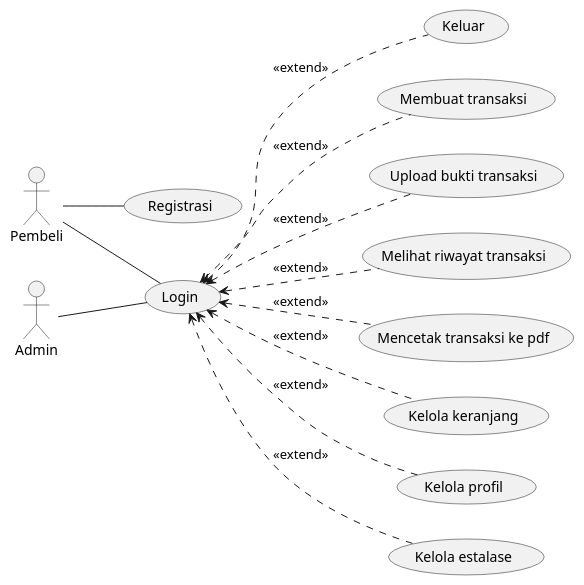
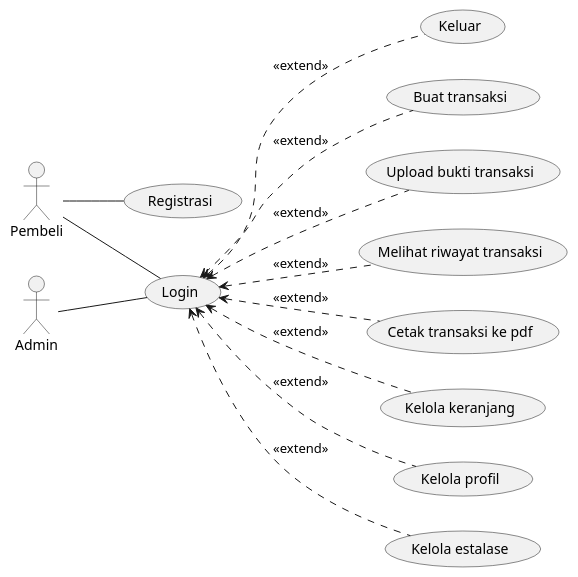
One commit to stnDinus/skpl_apbo_diagrams changed the diagram in use_case.puml. Above: the diagram before and after it, drawn with PlantUML.

Commit message:
fix: verb cases

```diff
--- a/use_case.puml
+++ b/use_case.puml
@@ -1,33 +1,33 @@
 @startuml
 left to right direction
 
 actor Pembeli as usr
 actor Admin as root
 
 (Login) as signin
 (Registrasi) as signup
 (Keluar) as signout
-(Membuat transaksi) as trx
+(Buat transaksi) as trx
 (Upload bukti transaksi) as up_trx_receipt
 (Melihat riwayat transaksi) as trx_history
-(Mencetak transaksi ke pdf) as pdf_trx
+(Cetak transaksi ke pdf) as pdf_trx
 (Kelola keranjang) as mng_cart
 (Kelola profil) as mng_profile
 (Kelola estalase) as stock
 
 usr -- signin
 usr -- signup
 
 root -- signin
 
 signin <.. trx: <<extend>>
 signin <.. up_trx_receipt: <<extend>>
 signin <.. trx_history: <<extend>>
 signin <.. pdf_trx: <<extend>>
 signin <.. mng_cart: <<extend>>
 signin <.. mng_profile: <<extend>>
 signin <.. signout: <<extend>>
 
 signin <.. stock: <<extend>>
 
 @enduml
```
